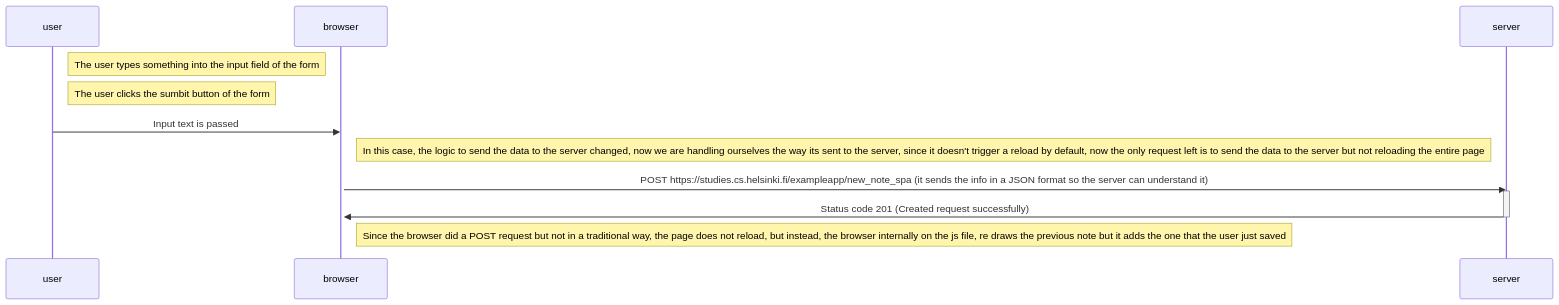
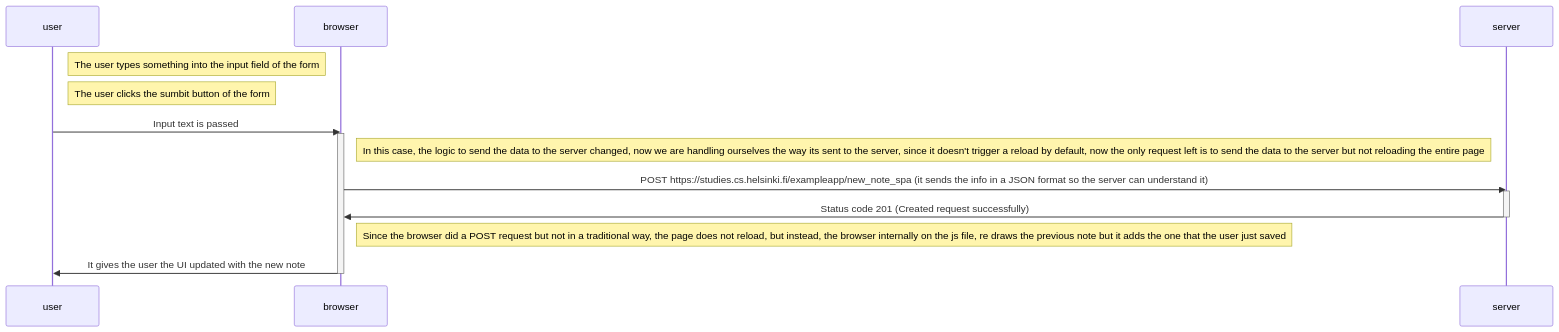
One commit to smillerr/fs-open-part0 changed the diagram in exercise05.md. Above: the diagram before and after it, drawn with Mermaid.

Commit message:
Fix to the diagram

````diff
--- a/exercise05.md
+++ b/exercise05.md
@@ -1,16 +1,18 @@
 ```mermaid
 sequenceDiagram
   participant user
   participant browser
   participant server
   Note right of user: The user types something into the input field of the form
   Note right of user: The user clicks the sumbit button of the form
   user->>browser: Input text is passed
   activate browser
   Note right of browser: In this case, the logic to send the data to the server changed, now we are handling ourselves the way its sent to the server, since it doesn't trigger a reload by default, now the only request left is to send the data to the server but not reloading the entire page
   browser->>server: POST https://studies.cs.helsinki.fi/exampleapp/new_note_spa (it sends the info in a JSON format so the server can understand it)
   activate server
   server->>browser: Status code 201 (Created request successfully)
   deactivate server
   Note right of browser: Since the browser did a POST request but not in a traditional way, the page does not reload, but instead, the browser internally on the js file, re draws the previous note but it adds the one that the user just saved
+  browser->>user: It gives the user the UI updated with the new note
+  deactivate browser
 ```
````
